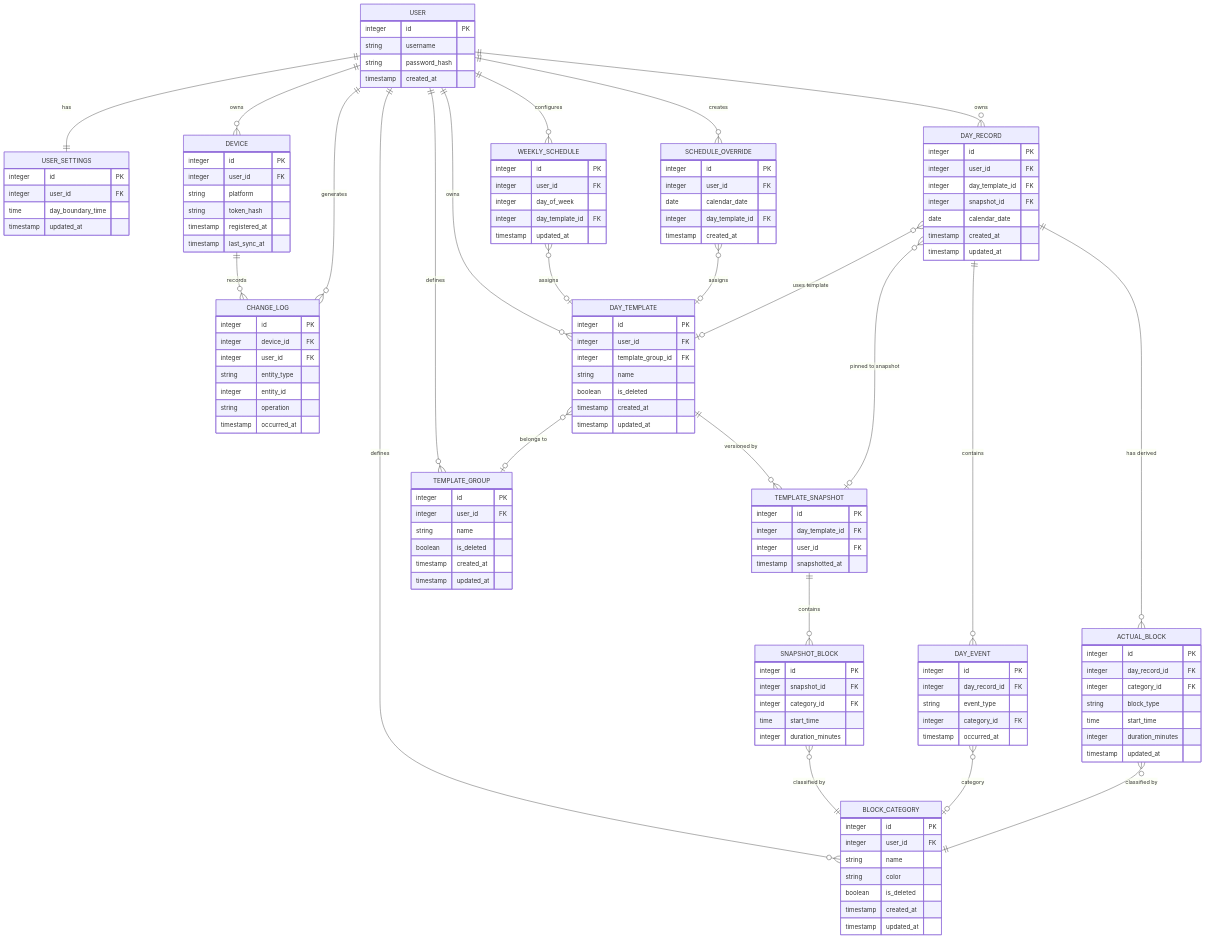
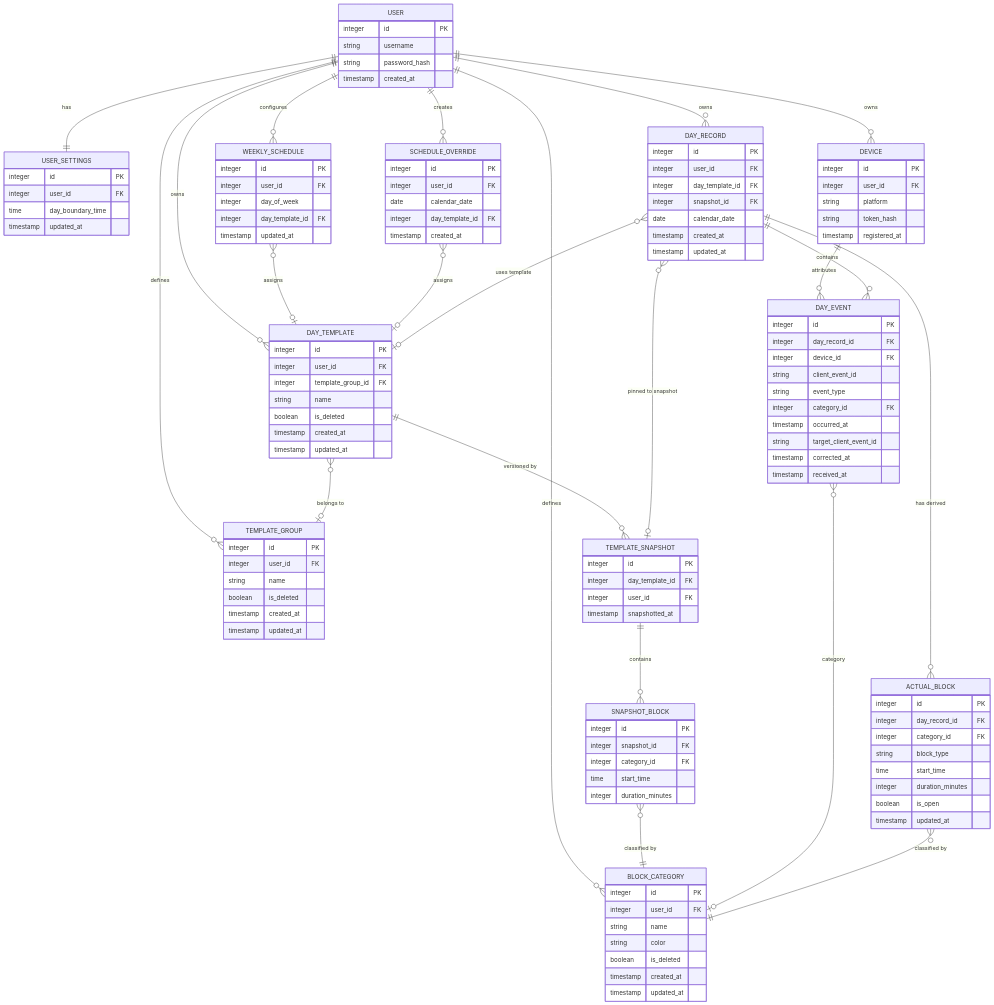
The diagram in docs/API and DB.md (sem0ark/todo-planner), drawn with Mermaid before and after one commit. The commit also changed other lines of this file, not shown here.

Commit message:
chore: sync APi documentation

```diff
--- a/docs/API and DB.md
+++ b/docs/API and DB.md
@@ -74,17 +83,6 @@
         string platform
         string token_hash
         timestamp registered_at
-        timestamp last_sync_at
-    }
-
-    CHANGE_LOG {
-        integer id PK
-        integer device_id FK
-        integer user_id FK
-        string entity_type
-        integer entity_id
-        string operation
-        timestamp occurred_at
     }
 
     BLOCK_CATEGORY {
@@ -160,9 +158,14 @@
     DAY_EVENT {
         integer id PK
         integer day_record_id FK
+        integer device_id FK
+        string client_event_id
         string event_type
         integer category_id FK
         timestamp occurred_at
+        string target_client_event_id
+        timestamp corrected_at
+        timestamp received_at
     }
 
     ACTUAL_BLOCK {
@@ -172,13 +175,13 @@
         string block_type
         time start_time
         integer duration_minutes
+        boolean is_open
         timestamp updated_at
     }
 
     USER ||--|| USER_SETTINGS : "has"
     USER ||--o{ DEVICE : "owns"
-    USER ||--o{ CHANGE_LOG : "generates"
-    DEVICE ||--o{ CHANGE_LOG : "records"
+    DEVICE ||--o{ DAY_EVENT : "attributes"
 
     USER ||--o{ BLOCK_CATEGORY : "defines"
     USER ||--o{ TEMPLATE_GROUP : "defines"
```
